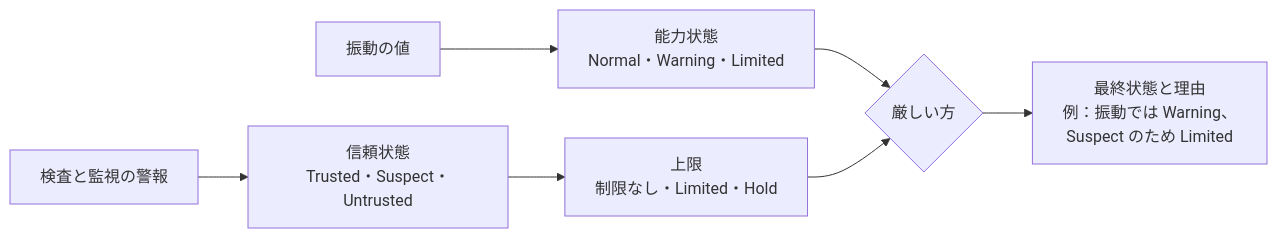
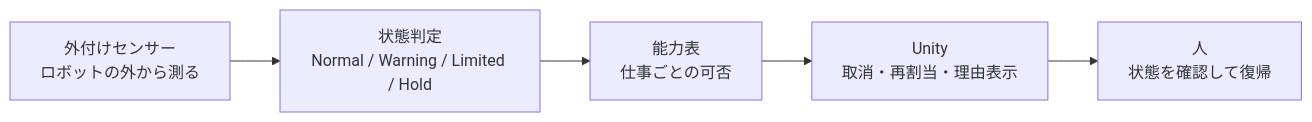
One commit to jphacks/tkb_2601 changed the diagram in README.md. Above: the diagram before and after it, drawn with Mermaid. The commit also changed other lines of this file and 3 other files, not shown here.

````diff
--- a/README.md
+++ b/README.md
@@ -396,9 +51,7 @@
 ```mermaid
 flowchart LR
-  V["振動の値"] --> CAP["能力状態<br/>Normal・Warning・Limited"]
-  A["検査と監視の警報"] --> TR["信頼状態<br/>Trusted・Suspect・Untrusted"]
-  TR --> LIM["上限<br/>制限なし・Limited・Hold"]
-  CAP --> F{"厳しい方"}
-  LIM --> F
-  F --> OUT["最終状態と理由<br/>例：振動では Warning、<br/>Suspect のため Limited"]
+  S["外付けセンサー<br/>ロボットの外から測る"] --> J["状態判定<br/>Normal / Warning / Limited / Hold"]
+  J --> P["能力表<br/>仕事ごとの可否"]
+  P --> A["Unity<br/>取消・再割当・理由表示"]
+  A --> H["人<br/>状態を確認して復帰"]
 ```
````
